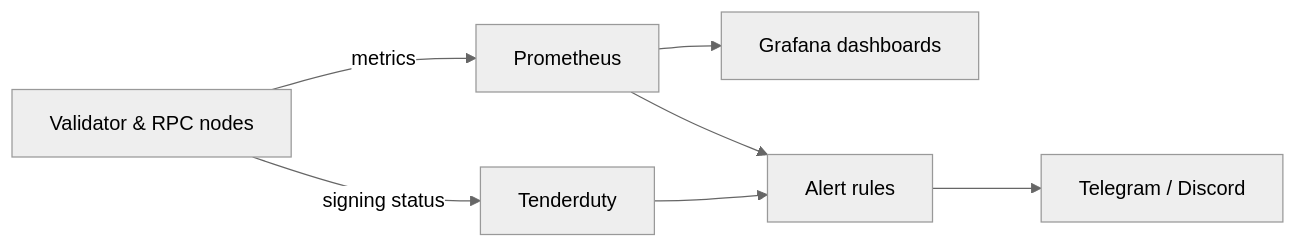
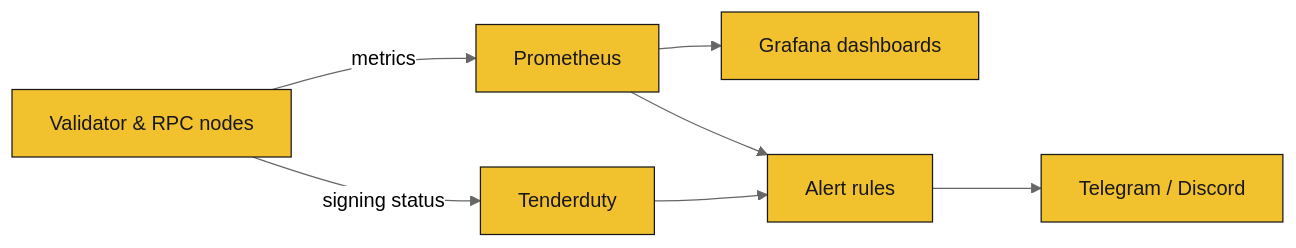
Before and after one commit to elangrr/elangrr: the diagram in README.md, drawn with Mermaid (neutral theme). The commit also changed other lines of this file, not shown here.

````diff
--- a/README.md
+++ b/README.md
@@ -46,9 +48,12 @@
 ```mermaid
 flowchart LR
     N[Validator & RPC nodes] -->|metrics| P[Prometheus]
     N -->|signing status| T[Tenderduty]
     P --> G[Grafana dashboards]
     P --> A[Alert rules]
     T --> A
     A --> C[Telegram / Discord]
+
+    classDef gold fill:#F2C12E,stroke:#18181B,stroke-width:1px,color:#18181B
+    class N,P,T,G,A,C gold
 ```
````
